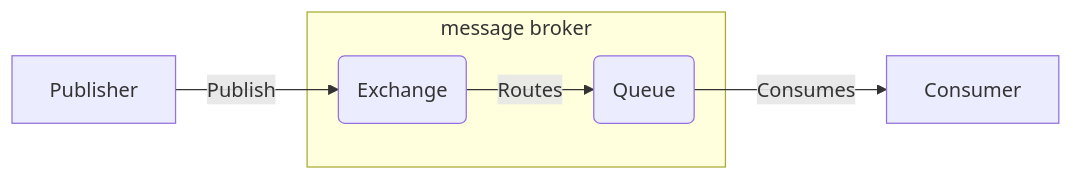
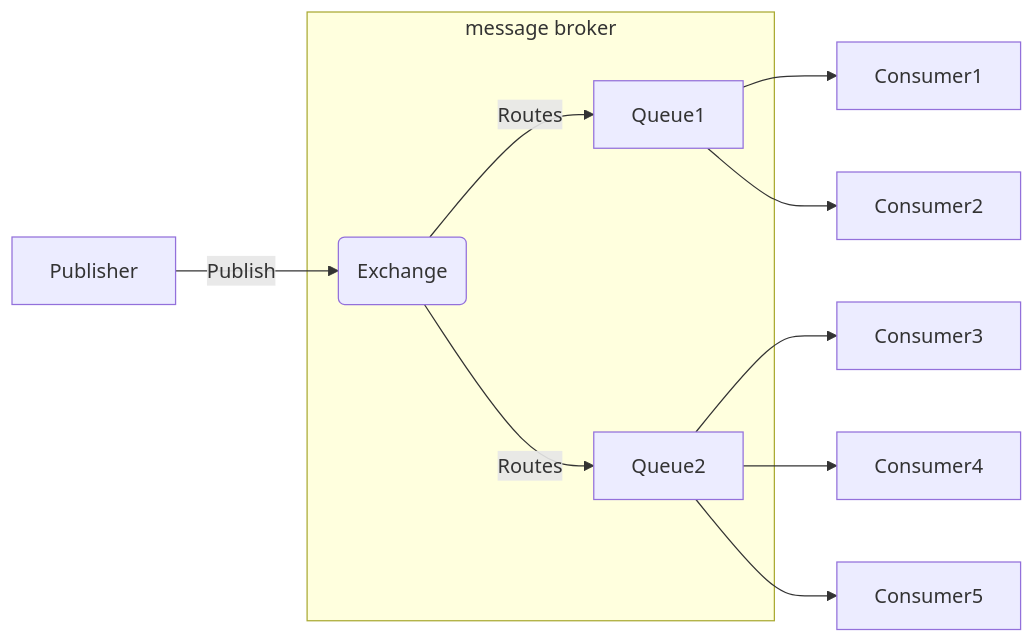
The diagram in Rabbitmq.md (HawkeWoo/notes), drawn with Mermaid before and after one commit. The commit also changed other lines of this file, not shown here.

````diff
--- a/Rabbitmq.md
+++ b/Rabbitmq.md
@@ -13,9 +13,13 @@
 ```mermaid
 graph LR
 		A[Publisher] -->|Publish| B(Exchange)
 		subgraph message broker
-    B -->|Routes| C(Queue)
+ 		B -->|Routes| D[Queue1]
+    B -->|Routes| E[Queue2]
     end
-    C -->|Consumes| D[Consumer]
-
+    D --> F[Consumer1]
+    D --> G[Consumer2]
+    E --> H[Consumer3]
+    E --> I[Consumer4]
+    E --> J[Consumer5]
 ```
````
